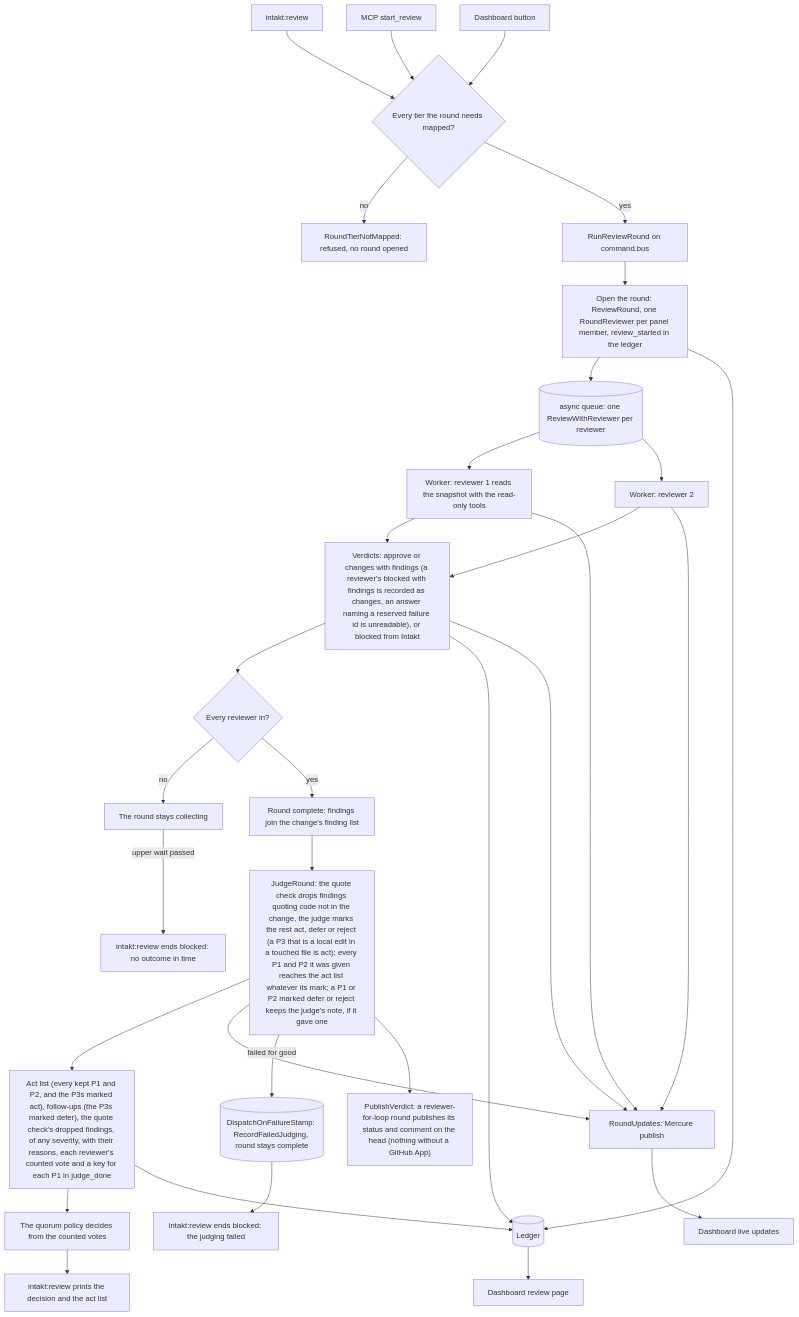
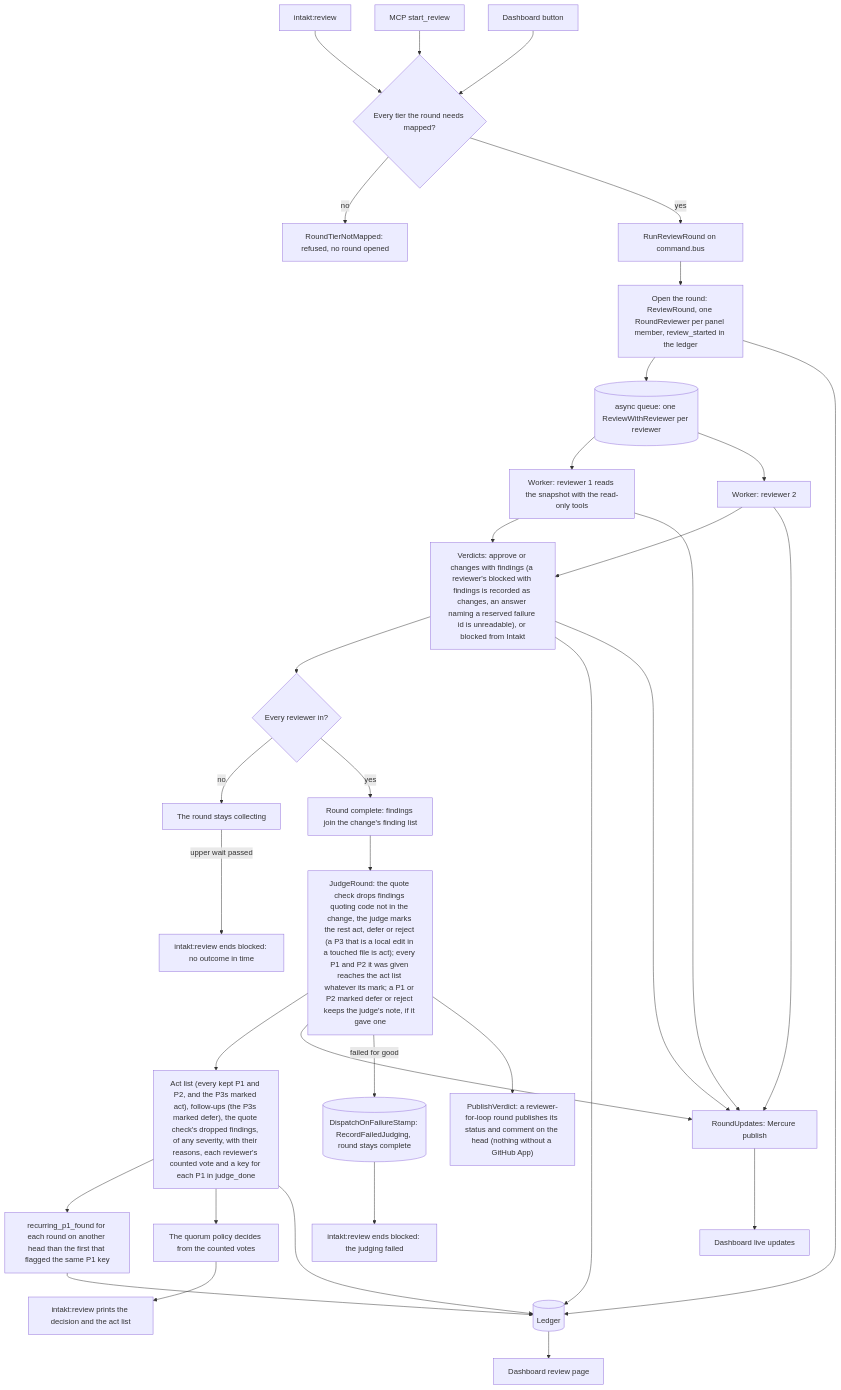
One commit to shinyredapples/intakt changed the diagram in docs/architecture/review-flow.md. Above: the diagram before and after it, drawn with Mermaid. The commit also changed other lines of this file and 3 other files, not shown here.

Commit message:
docs(review): describe recurring_p1_found and prove it through the ledger events command

````diff
--- a/docs/architecture/review-flow.md
+++ b/docs/architecture/review-flow.md
@@ -5,33 +5,35 @@
 ```mermaid
 flowchart TD
     cli["intakt:review"] --> start
     mcp["MCP start_review"] --> start
     btn["Dashboard button"] --> start
     start{"Every tier the round needs mapped?"} -->|no| refused["RoundTierNotMapped: refused, no round opened"]
     start -->|yes| run["RunReviewRound on command.bus"] --> open["Open the round: ReviewRound, one RoundReviewer per panel member, review_started in the ledger"]
     open --> queue[("async queue: one ReviewWithReviewer per reviewer")]
     queue --> w1["Worker: reviewer 1 reads the snapshot with the read-only tools"]
     queue --> w2["Worker: reviewer 2"]
     w1 --> verdicts["Verdicts: approve or changes with findings (a reviewer's blocked with findings is recorded as changes, an answer naming a reserved failure id is unreadable), or blocked from Intakt"]
     w2 --> verdicts
     verdicts --> complete{"Every reviewer in?"}
     complete -->|no| wait["The round stays collecting"]
     complete -->|yes| collected["Round complete: findings join the change's finding list"]
     collected --> judge["JudgeRound: the quote check drops findings quoting code not in the change, the judge marks the rest act, defer or reject (a P3 that is a local edit in a touched file is act); every P1 and P2 it was given reaches the act list whatever its mark; a P1 or P2 marked defer or reject keeps the judge's note, if it gave one"]
     judge --> act["Act list (every kept P1 and P2, and the P3s marked act), follow-ups (the P3s marked defer), the quote check's dropped findings, of any severity, with their reasons, each reviewer's counted vote and a key for each P1 in judge_done"]
+    act --> recurring["recurring_p1_found for each round on another head than the first that flagged the same P1 key"]
+    recurring --> ledger
     act --> quorum["The quorum policy decides from the counted votes"]
     act --> ledger[("Ledger")]
     open --> ledger
     verdicts --> ledger
     ledger --> dash["Dashboard review page"]
     w1 --> updates["RoundUpdates: Mercure publish"]
     w2 --> updates
     verdicts --> updates
     judge --> updates
     updates --> live["Dashboard live updates"]
     quorum --> out["intakt:review prints the decision and the act list"]
     judge -->|failed for good| failed[("DispatchOnFailureStamp: RecordFailedJudging, round stays complete")]
     failed --> outFailed["intakt:review ends blocked: the judging failed"]
     wait -->|upper wait passed| outLate["intakt:review ends blocked: no outcome in time"]
     judge --> publish["PublishVerdict: a reviewer-for-loop round publishes its status and comment on the head (nothing without a GitHub App)"]
 ```
````
